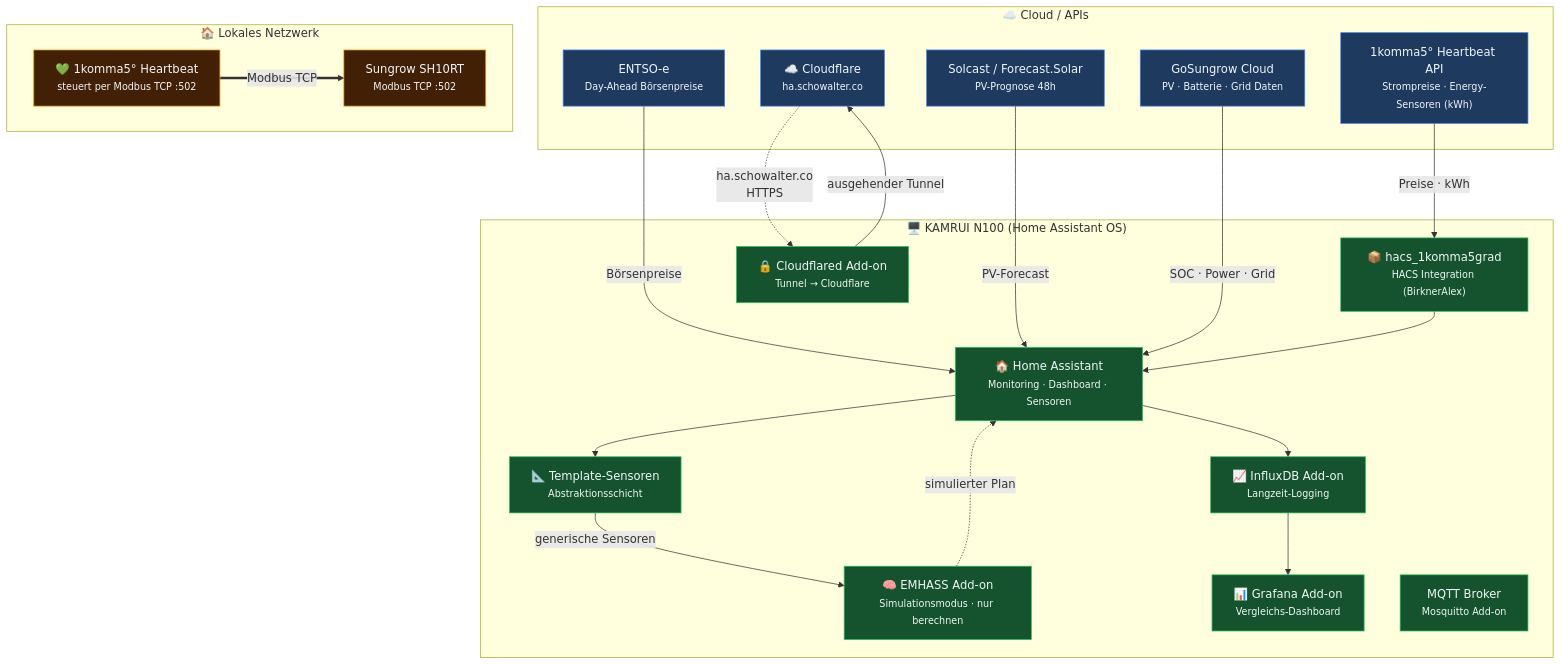
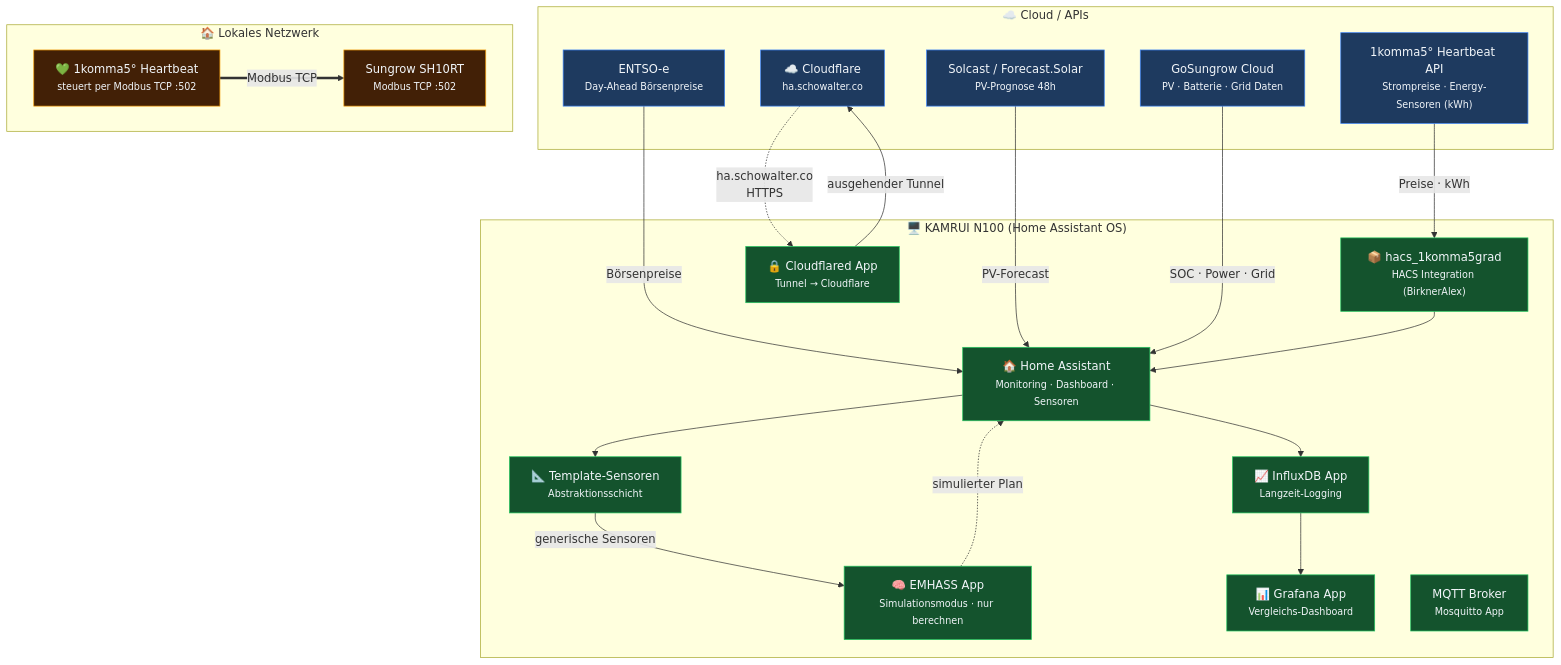
Before and after one commit to schowave/energy-management: the first of 3 diagrams in docs/architektur.md, drawn with Mermaid. The commit also changed other lines of this file and 11 other files, not shown here.

````diff
--- a/docs/architektur.md
+++ b/docs/architektur.md
@@ -9,56 +9,56 @@
 ```mermaid
 graph TB
     subgraph CLOUD["☁️ Cloud / APIs"]
         ENTSOE["ENTSO-e<br/><small>Day-Ahead Börsenpreise</small>"]
         SOLCAST["Solcast / Forecast.Solar<br/><small>PV-Prognose 48h</small>"]
         GOSUNGROW["GoSungrow Cloud<br/><small>PV · Batterie · Grid Daten</small>"]
         HB_API["1komma5° Heartbeat API<br/><small>Strompreise · Energy-Sensoren (kWh)</small>"]
         CF["☁️ Cloudflare<br/><small>ha.schowalter.co</small>"]
     end
 
     subgraph N100P1["🖥️ KAMRUI N100 (Home Assistant OS)"]
         HAP1["🏠 Home Assistant<br/><small>Monitoring · Dashboard · Sensoren</small>"]
         HACS_1K5["📦 hacs_1komma5grad<br/><small>HACS Integration (BirknerAlex)</small>"]
         TMPL["📐 Template-Sensoren<br/><small>Abstraktionsschicht</small>"]
-        EMHASSP1["🧠 EMHASS Add-on<br/><small>Simulationsmodus · nur berechnen</small>"]
-        INFLUXP1["📈 InfluxDB Add-on<br/><small>Langzeit-Logging</small>"]
-        GRAFANAP1["📊 Grafana Add-on<br/><small>Vergleichs-Dashboard</small>"]
-        MQTTP1["MQTT Broker<br/><small>Mosquitto Add-on</small>"]
-        CFD_P1["🔒 Cloudflared Add-on<br/><small>Tunnel → Cloudflare</small>"]
+        EMHASSP1["🧠 EMHASS App<br/><small>Simulationsmodus · nur berechnen</small>"]
+        INFLUXP1["📈 InfluxDB App<br/><small>Langzeit-Logging</small>"]
+        GRAFANAP1["📊 Grafana App<br/><small>Vergleichs-Dashboard</small>"]
+        MQTTP1["MQTT Broker<br/><small>Mosquitto App</small>"]
+        CFD_P1["🔒 Cloudflared App<br/><small>Tunnel → Cloudflare</small>"]
     end
 
     subgraph LOKAL1["🏠 Lokales Netzwerk"]
         HEARTBEAT["💚 1komma5° Heartbeat<br/><small>steuert per Modbus TCP :502</small>"]
         SUNGROW1["Sungrow SH10RT<br/><small>Modbus TCP :502</small>"]
     end
 
     %% Cloud → HA (nur lesend)
     ENTSOE -->|Börsenpreise| HAP1
     SOLCAST -->|PV-Forecast| HAP1
     GOSUNGROW -->|SOC · Power · Grid| HAP1
     HB_API -->|Preise · kWh| HACS_1K5
     HACS_1K5 --> HAP1
 
     %% HA → Template → EMHASS
     HAP1 --> TMPL
     TMPL -->|generische Sensoren| EMHASSP1
     EMHASSP1 -.->|simulierter Plan| HAP1
     HAP1 --> INFLUXP1
     INFLUXP1 --> GRAFANAP1
 
     %% Heartbeat steuert (HA hat keinen Modbus-Zugriff)
     HEARTBEAT ==>|Modbus TCP| SUNGROW1
 
     %% Cloudflare Tunnel (Remote-Zugriff)
     CFD_P1 -->|ausgehender Tunnel| CF
     CF -.->|"ha.schowalter.co<br/>HTTPS"| CFD_P1
 
     %% Styling
     classDef cloud fill:#1e3a5f,stroke:#3b82f6,color:#f1f5f9
     classDef haos fill:#14532d,stroke:#22c55e,color:#f1f5f9
     classDef lokal fill:#422006,stroke:#f59e0b,color:#f1f5f9
 
     class ENTSOE,SOLCAST,GOSUNGROW,HB_API,CF cloud
     class HAP1,HACS_1K5,TMPL,EMHASSP1,INFLUXP1,GRAFANAP1,MQTTP1,CFD_P1 haos
     class HEARTBEAT,SUNGROW1 lokal
 ```
````
